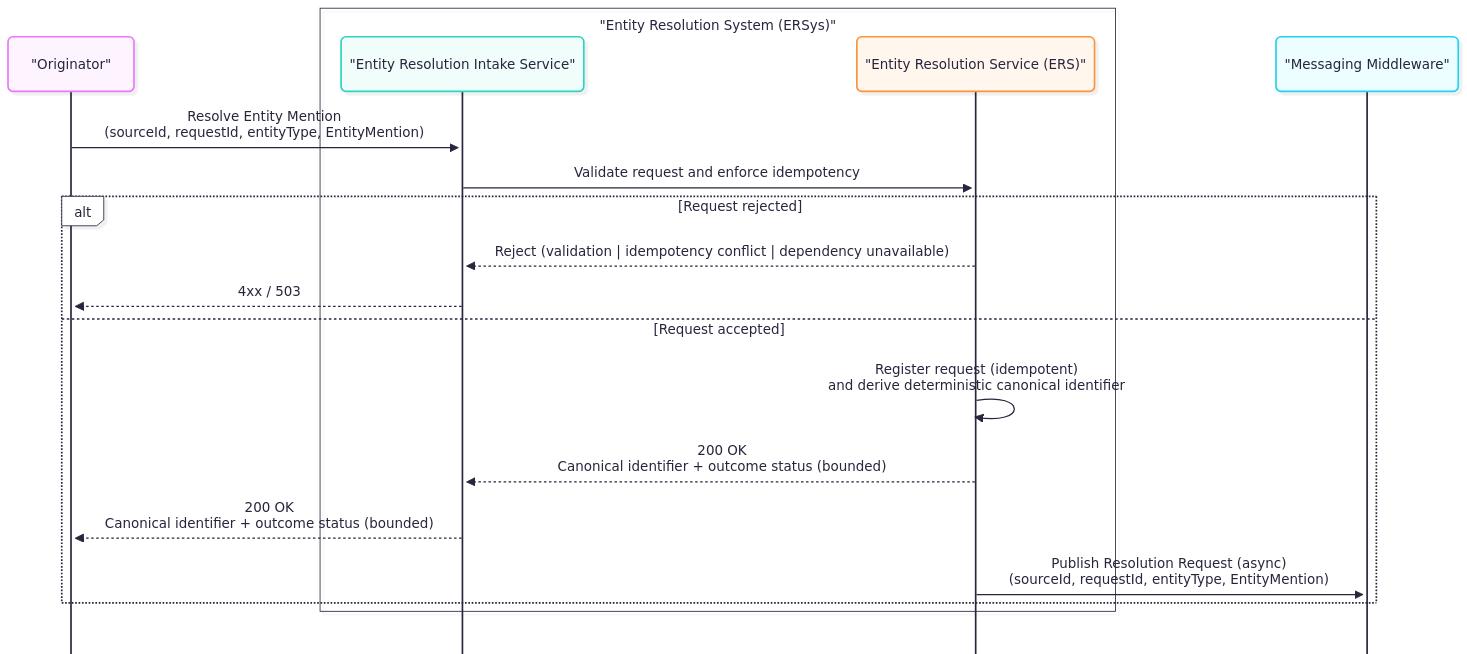
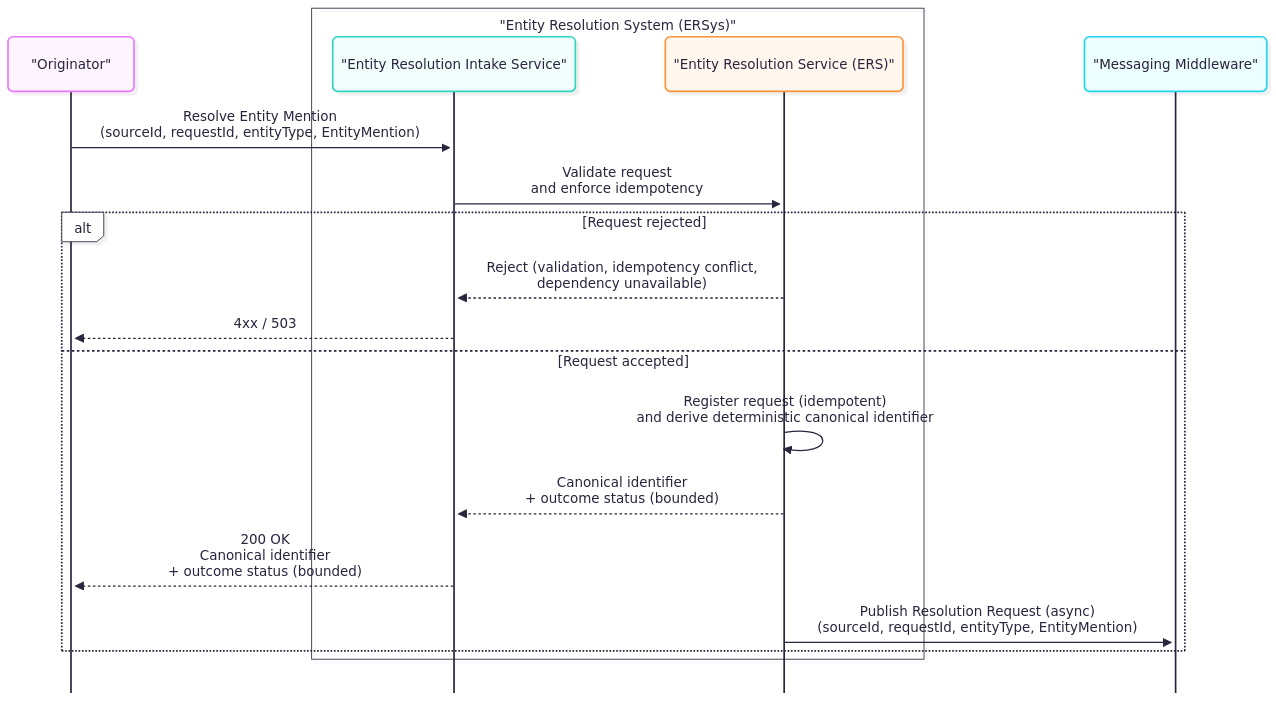
Before and after one commit to OP-TED/entity-resolution-spec: the diagram in docs/architecture/spine-A-Resolve-EntityMention(simplified).mmd, drawn with Mermaid. The commit also changed 3 other files, not shown here.

Commit message:
created the spine diagrams for section 8

```diff
--- a/docs/architecture/spine-A-Resolve-EntityMention(simplified).mmd
+++ b/docs/architecture/spine-A-Resolve-EntityMention(simplified).mmd
@@ -1,41 +1,41 @@
 ---
 config:
   look: neo
   theme: redux-color
   mirrorActors: false
   sequence:
     bottomMarginAdj: 0.1
 ---
 sequenceDiagram
 %% Maps to EA diagram: UML Sequence (Spine A – simplified)
 %% Purpose: bounded resolve with deterministic canonical identifier and idempotent request handling.
 %% Shows: async publication that triggers Spine B.
 %% Excludes: detailed store choreography, ERE behaviour, result integration, curation, and rebuild.
 
 participant Originator as "Originator"
 
 box "Entity Resolution System (ERSys)"
     participant ERIntake as "Entity Resolution Intake Service"
     participant ERS as "Entity Resolution Service (ERS)"
 end
 
 participant MessagingMiddleware as "Messaging Middleware"
 
 Originator ->> ERIntake: Resolve Entity Mention<br/>(sourceId, requestId, entityType, EntityMention)
-ERIntake ->> ERS: Validate request and enforce idempotency
+ERIntake ->> ERS: Validate request <br/>and enforce idempotency
 
 alt Request rejected
-    ERS -->> ERIntake: Reject (validation | idempotency conflict | dependency unavailable)
+    ERS -->> ERIntake: Reject (validation, idempotency conflict, <br/> dependency unavailable)
     ERIntake -->> Originator: 4xx / 503
 else Request accepted
     ERS ->> ERS: Register request (idempotent)<br/>and derive deterministic canonical identifier
-    ERS -->> ERIntake: 200 OK<br/>Canonical identifier + outcome status (bounded)
-    ERIntake -->> Originator: 200 OK<br/>Canonical identifier + outcome status (bounded)
+    ERS -->> ERIntake: Canonical identifier <br/>+ outcome status (bounded)
+    ERIntake -->> Originator: 200 OK<br/>Canonical identifier <br/>+ outcome status (bounded)
 
     ERS ->> MessagingMiddleware: Publish Resolution Request (async)<br/>(sourceId, requestId, entityType, EntityMention)
 end
 
 %% note right of ERS
 %%   Bounded response does not wait for ERE.
 %%   Publication to Messaging Middleware triggers Spine B.
 %% end
```
